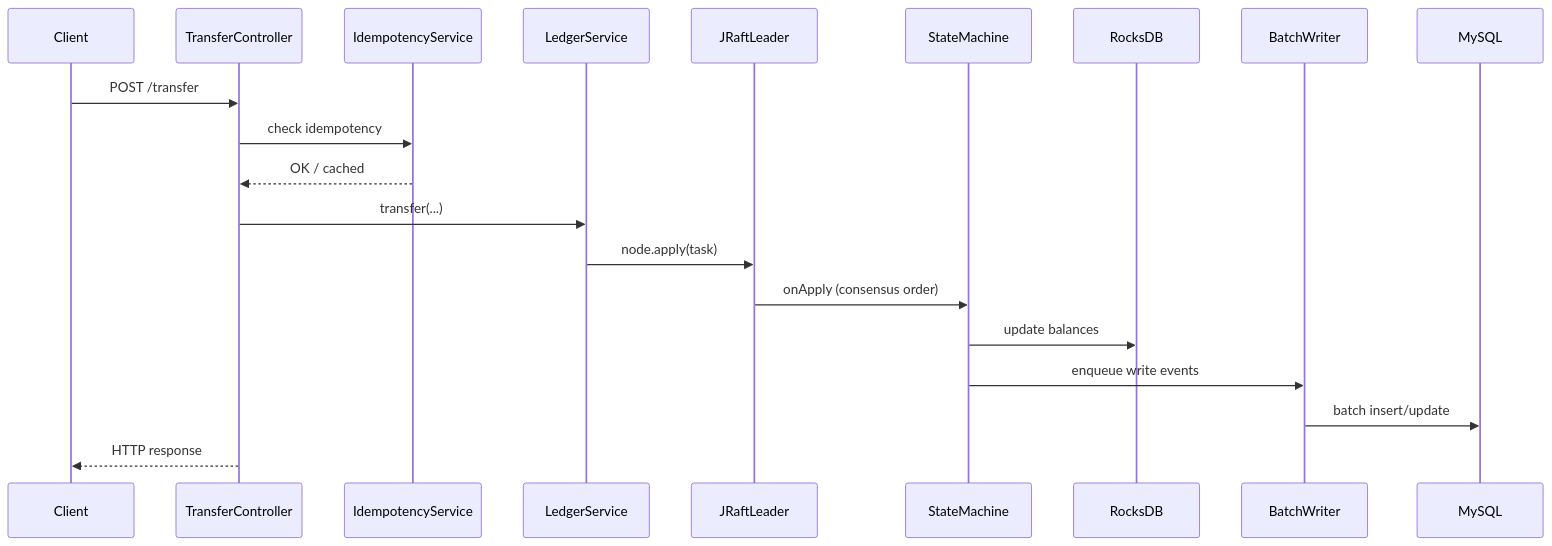
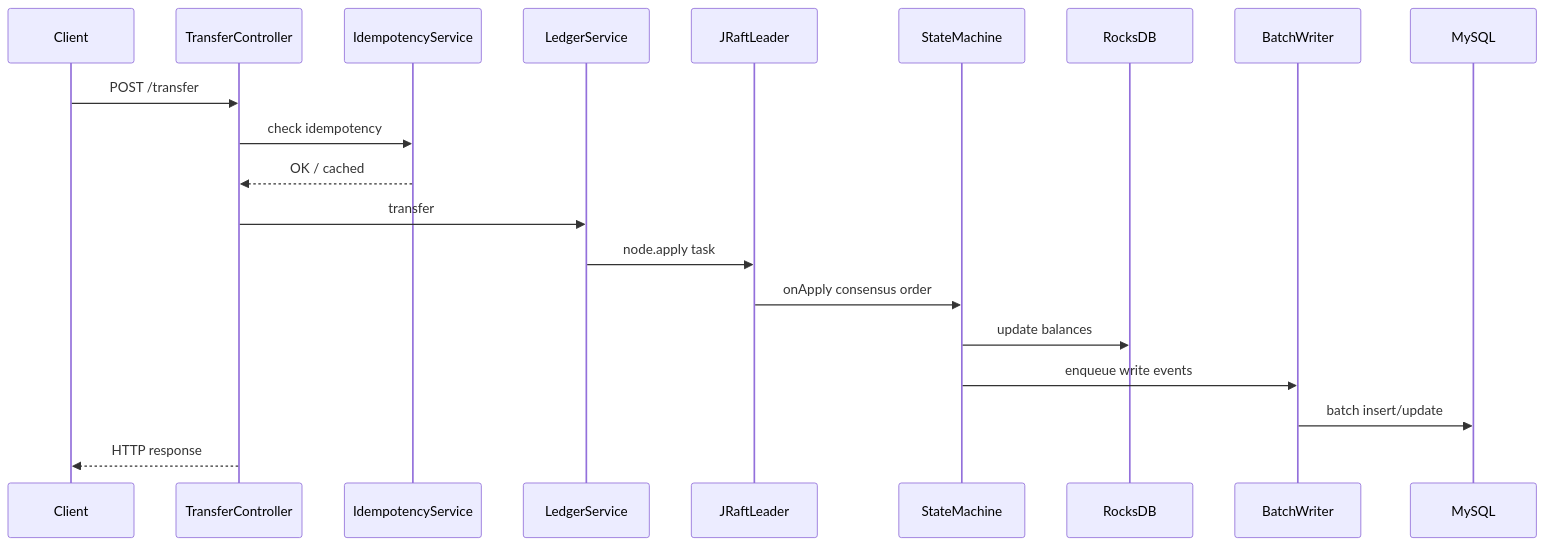
Before and after one commit to hungchai/jraft_ledger: the second of 7 diagrams in LOGIC_FLOW.md, drawn with Mermaid. The commit also changed other lines of this file and 1 other file, not shown here.

````diff
--- a/LOGIC_FLOW.md
+++ b/LOGIC_FLOW.md
@@ -49,23 +49,23 @@
 ```mermaid
 sequenceDiagram
     participant CL as Client
     participant API as TransferController
     participant IDE as IdempotencyService
     participant SVC as LedgerService
     participant LEADER as JRaftLeader
     participant STM as StateMachine
     participant RDB as RocksDB
     participant BMW as BatchWriter
     participant SQL as MySQL
 
     CL->>API: POST /transfer
     API->>IDE: check idempotency
     IDE-->>API: OK / cached
-    API->>SVC: transfer(...)
-    SVC->>LEADER: node.apply(task)
-    LEADER->>STM: onApply (consensus order)
+    API->>SVC: transfer
+    SVC->>LEADER: node.apply task
+    LEADER->>STM: onApply consensus order
     STM->>RDB: update balances
     STM->>BMW: enqueue write events
     BMW->>SQL: batch insert/update
     API-->>CL: HTTP response
 ```
````
